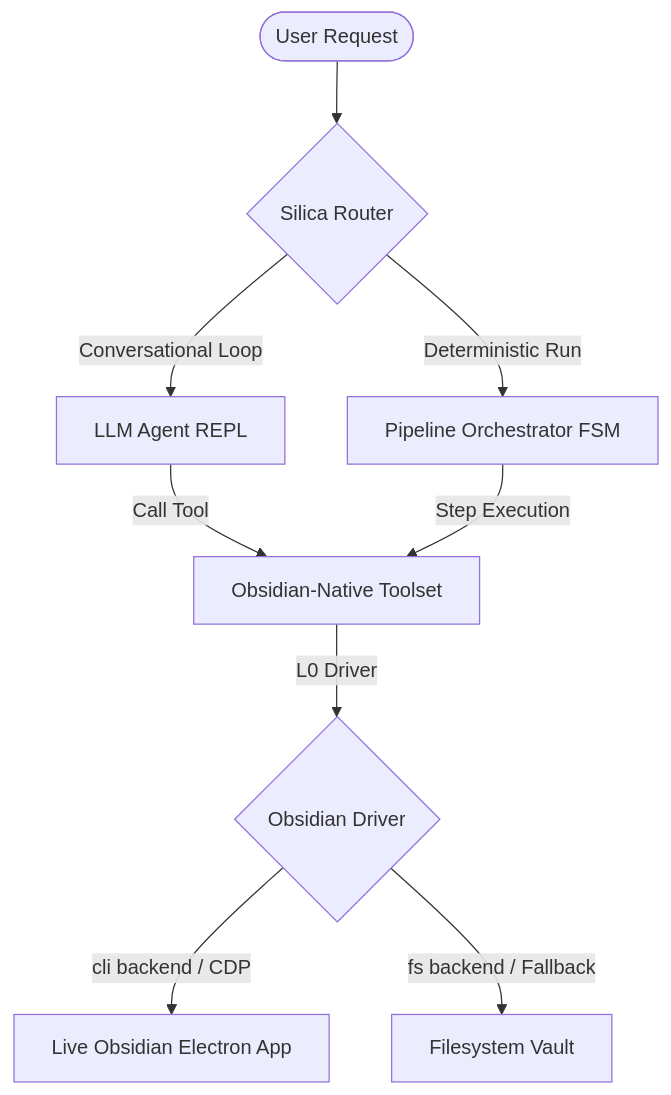
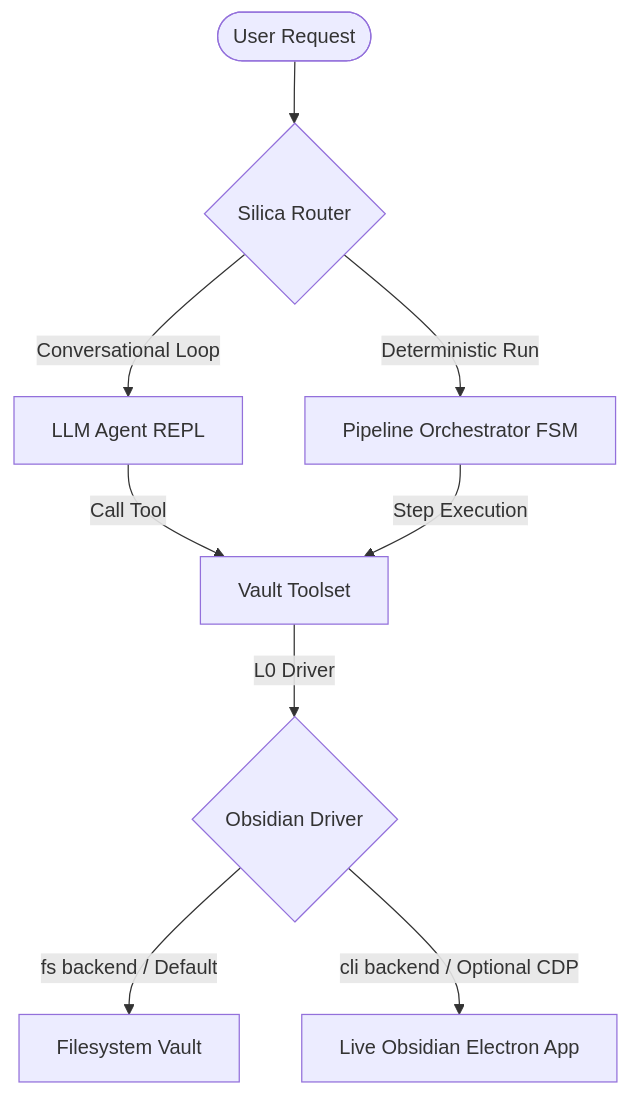
One commit to kiycoh/silica changed the first of 3 diagrams in README.md. Above: the diagram before and after it, drawn with Mermaid. The commit also changed other lines of this file and 1 other file, not shown here.

Commit message:
docs: update default backend docs and gitignore CONTEXT.md

````diff
--- a/README.md
+++ b/README.md
@@ -77,13 +78,13 @@
 ```mermaid
 graph TD
     User([User Request]) --> Router{Silica Router}
     Router -->|Conversational Loop| REPL[LLM Agent REPL]
     Router -->|Deterministic Run| FSM[Pipeline Orchestrator FSM]
     
-    REPL -->|Call Tool| Toolset[Obsidian-Native Toolset]
+    REPL -->|Call Tool| Toolset[Vault Toolset]
     FSM -->|Step Execution| Toolset
     
     Toolset -->|L0 Driver| Driver{Obsidian Driver}
-    Driver -->|cli backend / CDP| LiveApp[Live Obsidian Electron App]
-    Driver -->|fs backend / Fallback| RawFiles[Filesystem Vault]
+    Driver -->|fs backend / Default| RawFiles[Filesystem Vault]
+    Driver -->|cli backend / Optional CDP| LiveApp[Live Obsidian Electron App]
 ```
````
